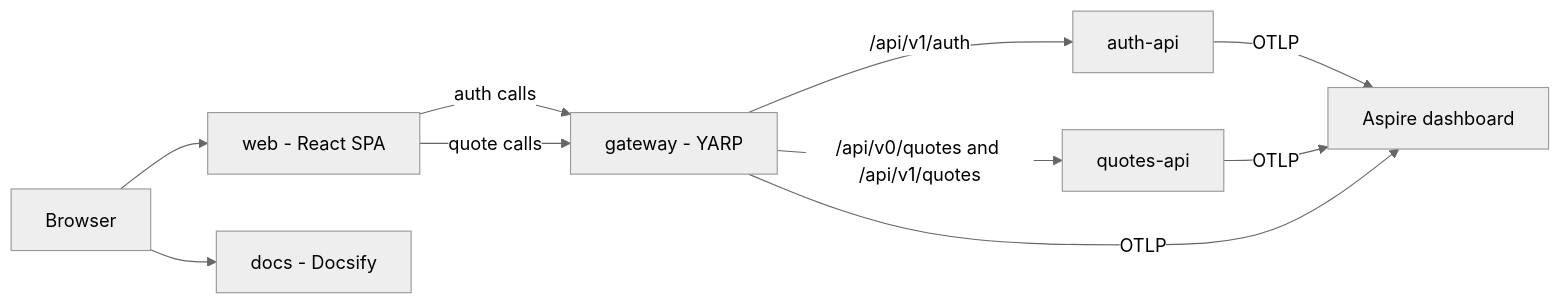
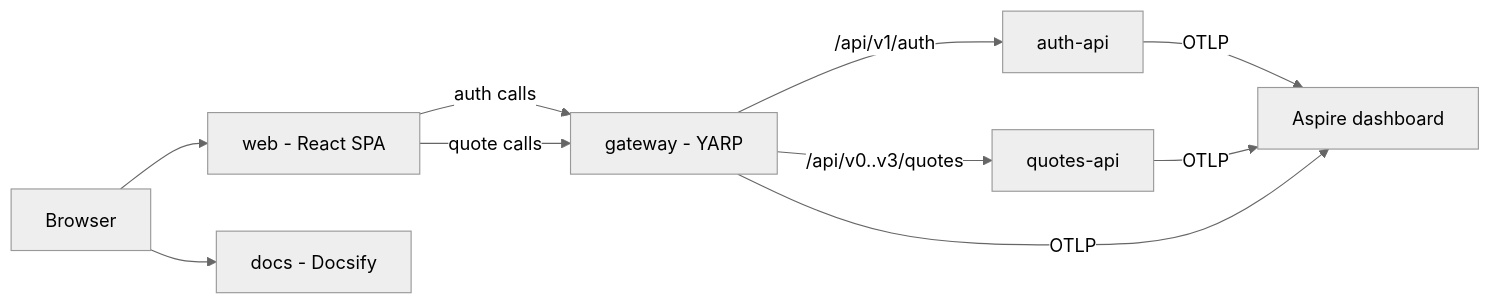
Before and after one commit to josnelihurt/code.examples.net.quotes: the first of 7 diagrams in docs/system-design.md, drawn with Mermaid (neutral theme). The commit also changed other lines of this file and 7 other files, not shown here.

````diff
--- a/docs/system-design.md
+++ b/docs/system-design.md
@@ -16,20 +16,20 @@
 ```mermaid
 flowchart LR
   user["Browser"]
   spa["web - React SPA"]
   gw["gateway - YARP"]
   auth["auth-api"]
   quotes["quotes-api"]
   dash["Aspire dashboard"]
   site["docs - Docsify"]
 
   user --> spa
   user --> site
   spa -->|"auth calls"| gw
   spa -->|"quote calls"| gw
   gw -->|"/api/v1/auth"| auth
-  gw -->|"/api/v0/quotes and /api/v1/quotes"| quotes
+  gw -->|"/api/v0..v3/quotes"| quotes
   auth -->|OTLP| dash
   quotes -->|OTLP| dash
   gw -->|OTLP| dash
 ```
````
